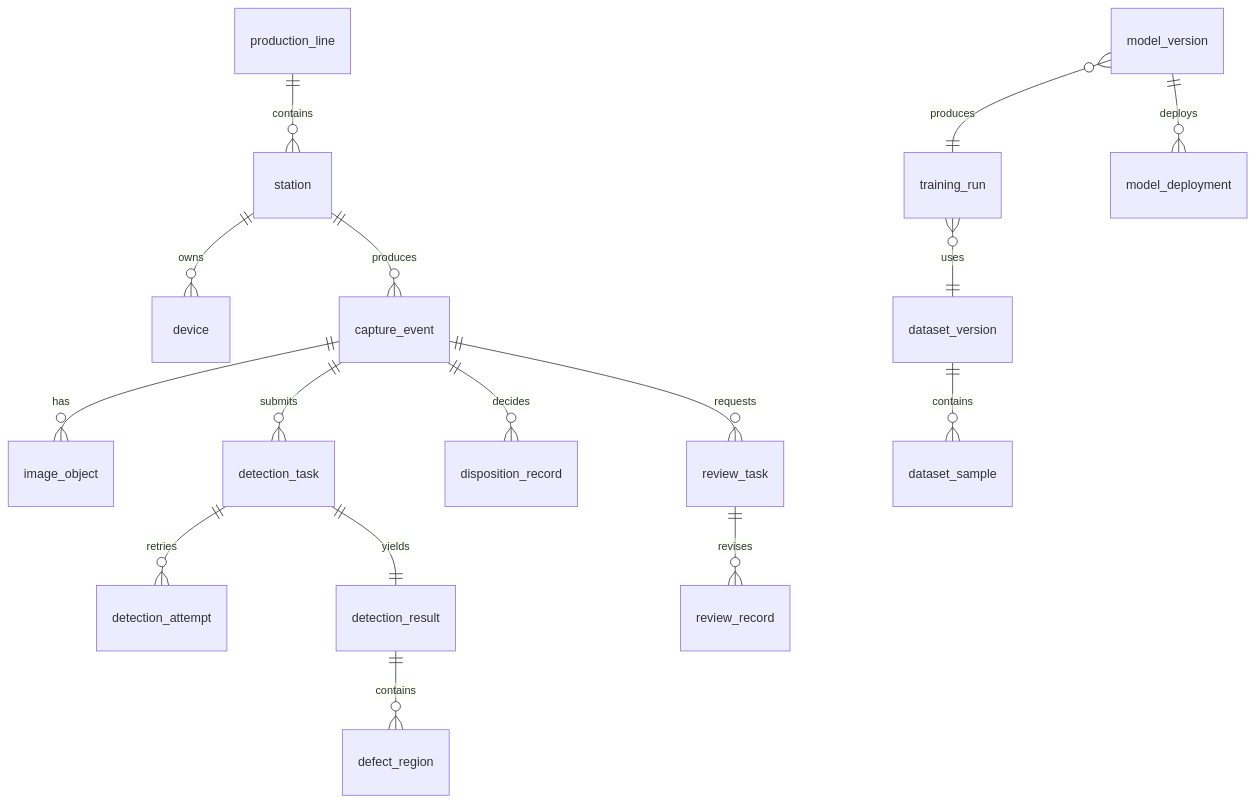
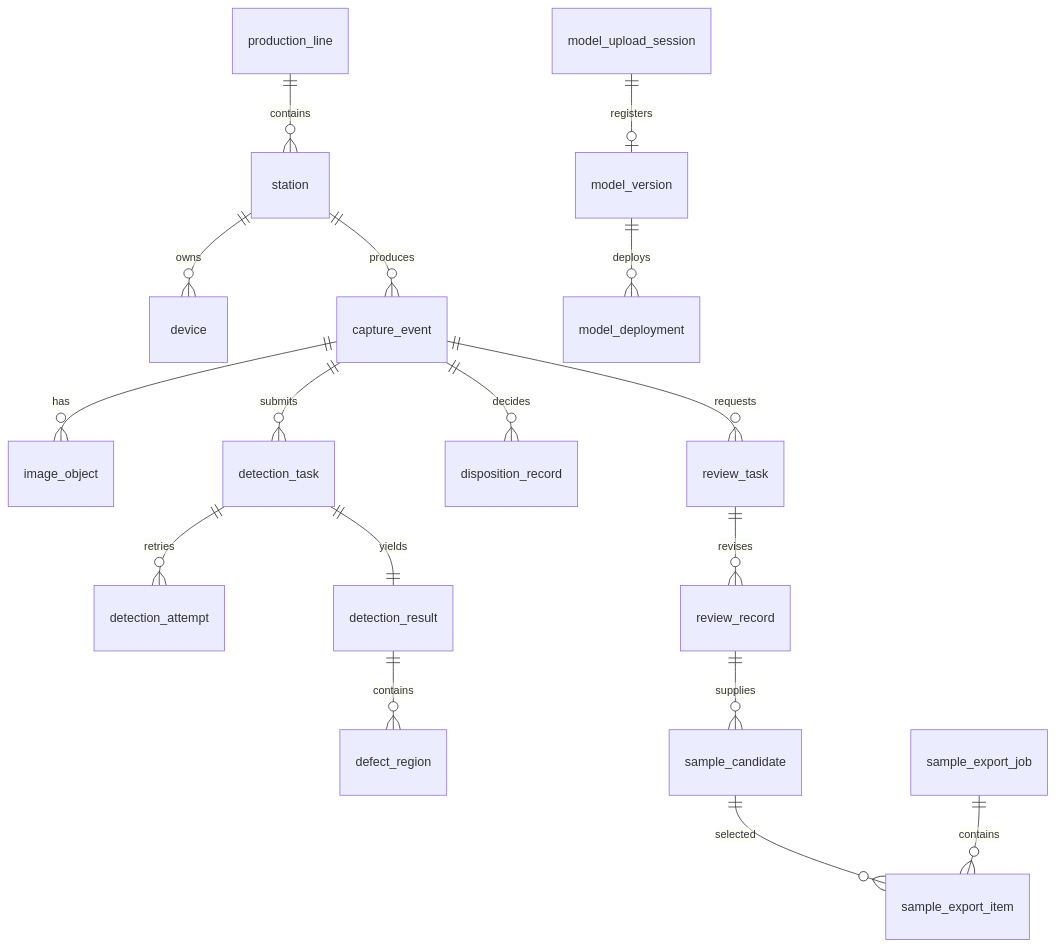
One commit to wxyii/tool-defect-project changed the diagram in docs/05-数据库设计.md. Above: the diagram before and after it, drawn with Mermaid. The commit also changed other lines of this file and 25 other files, not shown here.

````diff
--- a/docs/05-数据库设计.md
+++ b/docs/05-数据库设计.md
@@ -19,18 +19,19 @@
 ```mermaid
 erDiagram
     production_line ||--o{ station : contains
     station ||--o{ device : owns
     station ||--o{ capture_event : produces
     capture_event ||--o{ image_object : has
     capture_event ||--o{ detection_task : submits
     detection_task ||--o{ detection_attempt : retries
     detection_task ||--|| detection_result : yields
     detection_result ||--o{ defect_region : contains
     capture_event ||--o{ disposition_record : decides
     capture_event ||--o{ review_task : requests
     review_task ||--o{ review_record : revises
-    dataset_version ||--o{ dataset_sample : contains
-    training_run }o--|| dataset_version : uses
-    model_version }o--|| training_run : produces
+    review_record ||--o{ sample_candidate : supplies
+    sample_candidate ||--o{ sample_export_item : selected
+    sample_export_job ||--o{ sample_export_item : contains
+    model_upload_session ||--o| model_version : registers
     model_version ||--o{ model_deployment : deploys
 ```
````
